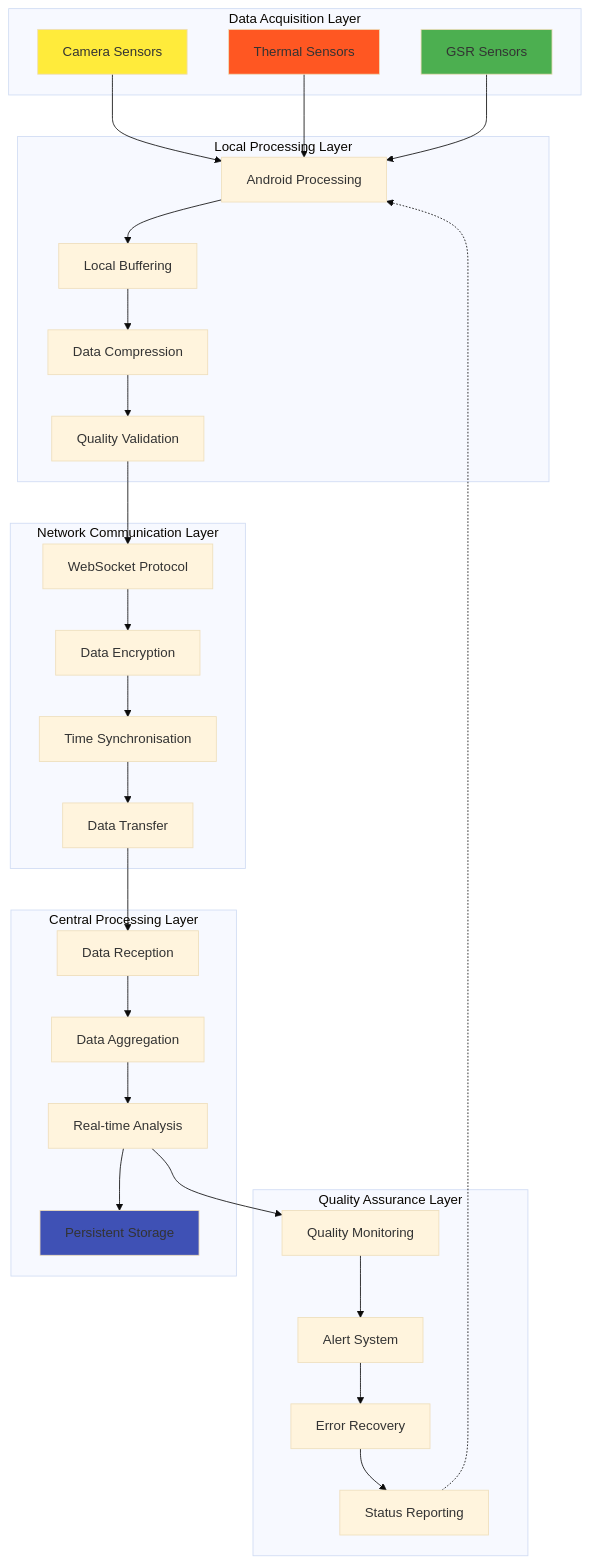
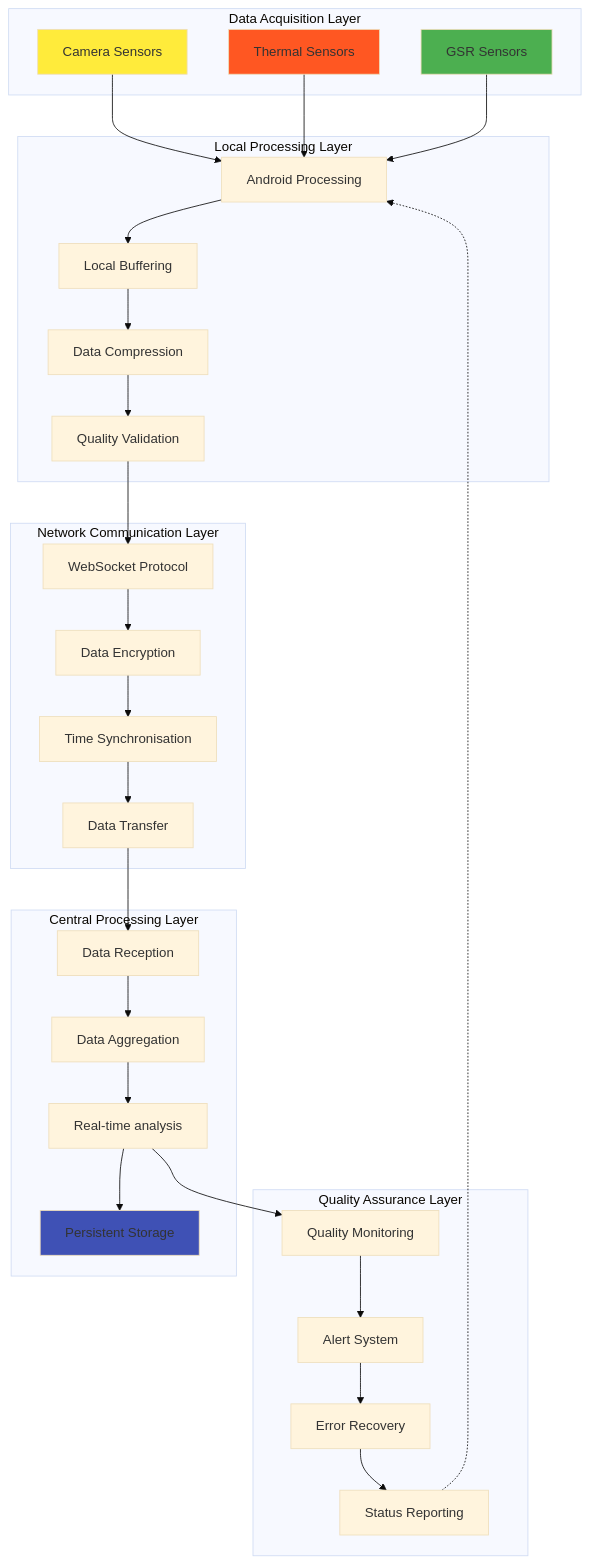
The fourth of 10 diagrams in docs/thesis_report/draft_0/chapter_4_design_and_implementation.md (buccancs/fyp-multi-sensor-recording-system), drawn with Mermaid (base theme) before and after one commit. The commit also changed other lines of this file and 58 other files, not shown here.

````diff
--- a/docs/thesis_report/draft_0/chapter_4_design_and_implementation.md
+++ b/docs/thesis_report/draft_0/chapter_4_design_and_implementation.md
@@ -1457,60 +1457,60 @@
 ```mermaid
 flowchart TD
     subgraph "Data Acquisition Layer"
         CAM[Camera Sensors]
         THERMAL[Thermal Sensors]
         GSR[GSR Sensors]
     end
 
     subgraph "Local Processing Layer"
         ANDROID[Android Processing]
         BUFFER[Local Buffering]
         COMPRESS[Data Compression]
         VALIDATE[Quality Validation]
     end
 
     subgraph "Network Communication Layer"
         PROTOCOL[WebSocket Protocol]
         ENCRYPT[Data Encryption]
         SYNC[Time Synchronisation]
         TRANSFER[Data Transfer]
     end
 
     subgraph "Central Processing Layer"
         RECEIVE[Data Reception]
         AGGREGATE[Data Aggregation]
-        ANALYSIS[Real-time Analysis]
+        analysis[Real-time analysis]
         STORAGE[Persistent Storage]
     end
 
     subgraph "Quality Assurance Layer"
         MONITOR[Quality Monitoring]
         ALERT[Alert System]
         RECOVERY[Error Recovery]
         REPORT[Status Reporting]
     end
 
     CAM --> ANDROID
     THERMAL --> ANDROID
     GSR --> ANDROID
     ANDROID --> BUFFER
     BUFFER --> COMPRESS
     COMPRESS --> VALIDATE
     VALIDATE --> PROTOCOL
     PROTOCOL --> ENCRYPT
     ENCRYPT --> SYNC
     SYNC --> TRANSFER
     TRANSFER --> RECEIVE
     RECEIVE --> AGGREGATE
-    AGGREGATE --> ANALYSIS
-    ANALYSIS --> STORAGE
-    ANALYSIS --> MONITOR
+    AGGREGATE --> analysis
+    analysis --> STORAGE
+    analysis --> MONITOR
     MONITOR --> ALERT
     ALERT --> RECOVERY
     RECOVERY --> REPORT
     REPORT -.-> ANDROID
     style CAM fill: #ffeb3b
     style THERMAL fill: #ff5722
     style GSR fill: #4caf50
     style STORAGE fill: #3f51b5
 ```
````
